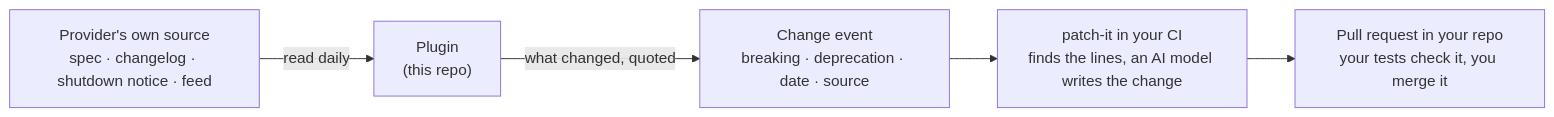
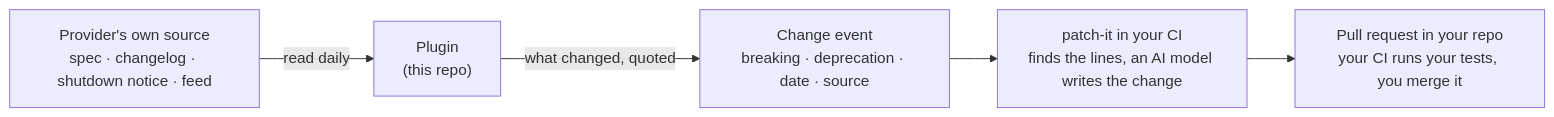
Before and after one commit to patch-it-dev/patch-it-plugins: the diagram in README.md, drawn with Mermaid. The commit also changed other lines of this file and 1 other file, not shown here.

Commit message:
readme: noticed vs fixed per layer, your CI runs the tests

````diff
--- a/README.md
+++ b/README.md
@@ -17,7 +17,7 @@
 ```mermaid
 flowchart LR
   A["Provider's own source<br/>spec · changelog · shutdown notice · feed"] -->|"read daily"| B["Plugin<br/>(this repo)"]
   B -->|"what changed, quoted"| C["Change event<br/>breaking · deprecation · date · source"]
   C --> D["patch-it in your CI<br/>finds the lines, an AI model writes the change"]
-  D --> E["Pull request in your repo<br/>your tests check it, you merge it"]
+  D --> E["Pull request in your repo<br/>your CI runs your tests, you merge it"]
 ```
````
